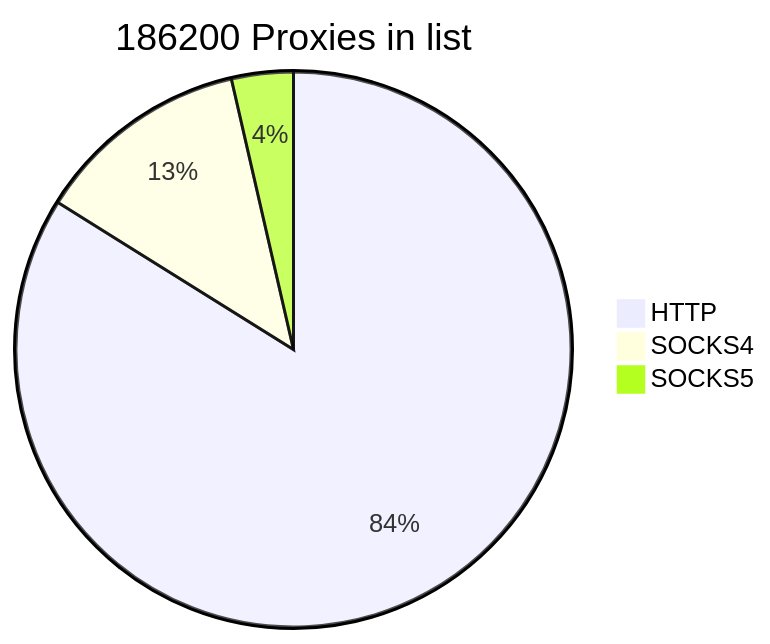
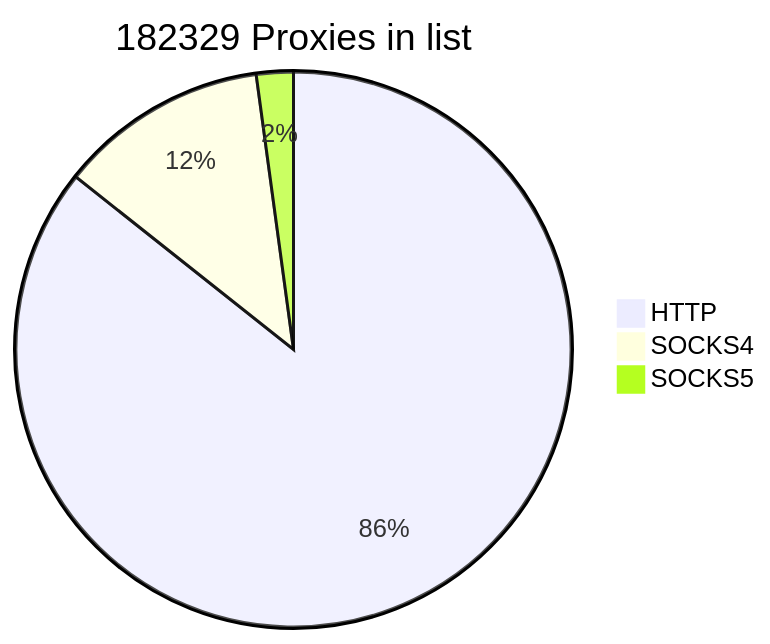
Before and after one commit to cutipu/proxylist: the first of 2 diagrams in README.md, drawn with Mermaid. The commit also changed other lines of this file, not shown here.

````diff
--- a/README.md
+++ b/README.md
@@ -2,7 +2,7 @@
 ```mermaid
-pie title 186200 Proxies in list
-    "HTTP" : 156186
-    "SOCKS4" : 23327
-    "SOCKS5" : 6687
+pie title 182329 Proxies in list
+    "HTTP" : 156209
+    "SOCKS4" : 22201
+    "SOCKS5" : 3919
             
 ```
````
